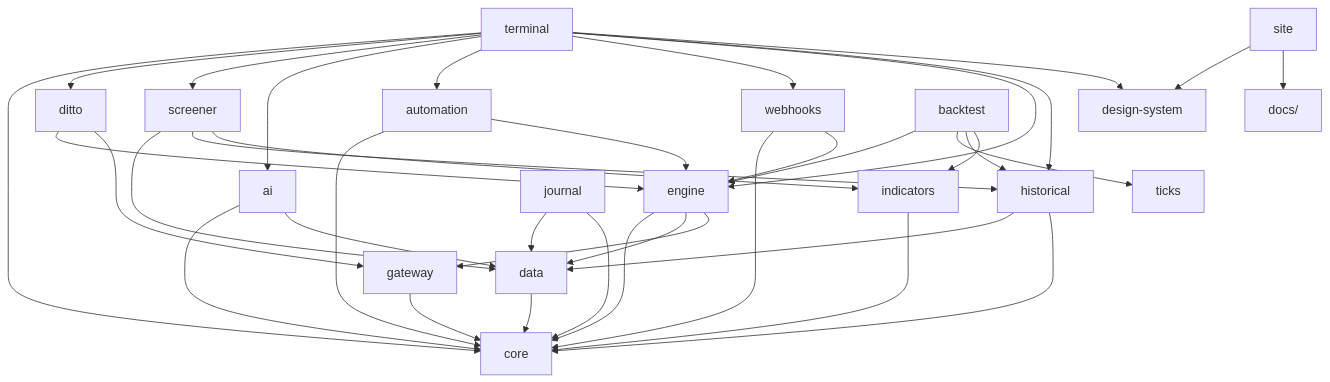
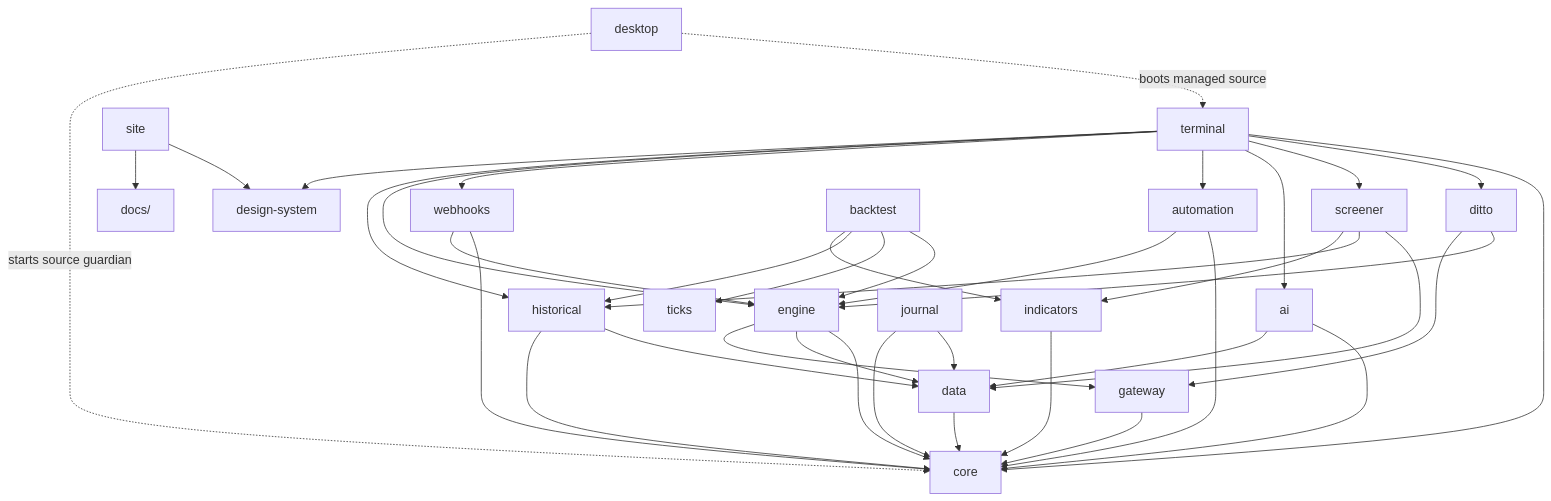
One commit to navaneeshnagarajan/FlintTrade changed the second of 5 diagrams in docs/ARCHITECTURE.md. Above: the diagram before and after it, drawn with Mermaid. The commit also changed other lines of this file and 144 other files, not shown here.

````diff
--- a/docs/ARCHITECTURE.md
+++ b/docs/ARCHITECTURE.md
@@ -144,48 +181,50 @@
 ```mermaid
 flowchart TD
+    desktop -. "boots managed source" .-> terminal
+    desktop -. "starts source guardian" .-> core
     terminal --> core
     terminal --> ditto
     terminal --> screener
     terminal --> ai
     terminal --> automation
     terminal --> webhooks
     terminal --> engine
     terminal --> historical
     terminal --> designSystem[design-system]
 
     site --> designSystem
     site --> docs[docs/]
 
     engine --> core
     engine --> data
     engine --> gateway
     backtestEngine[backtest] --> engine
     backtestEngine --> tickEngine[ticks]
     backtestEngine --> historical
     backtestEngine --> indicators
 
     screener --> data
     screener --> historical
     screener --> indicators
 
     ai --> core
     ai --> data
     journal --> data
     journal --> core
 
     webhooks --> core
     webhooks --> engine
 
     automation --> core
     automation --> engine
 
     ditto --> engine
     ditto --> gateway
 
     historical --> data
     historical --> core
 
     data --> core
     indicators --> core
     gateway --> core
 ```
````
